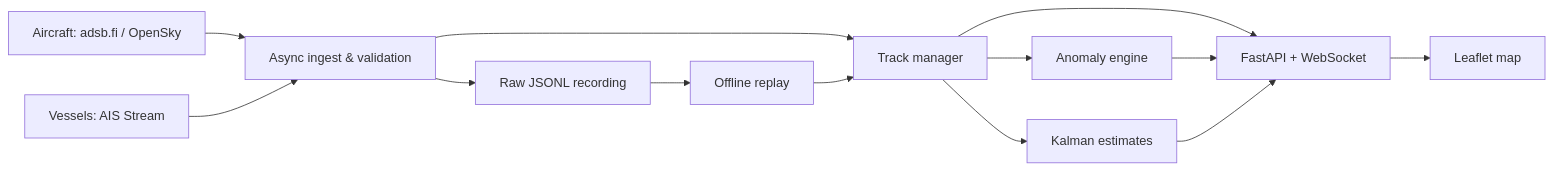
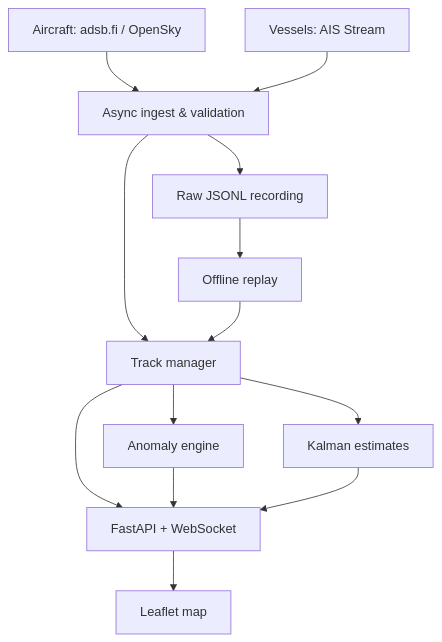
One commit to zxcv616/Sentinel changed the diagram in README.md. Above: the diagram before and after it, drawn with Mermaid.

Commit message:
Keep architecture diagram readable at GitHub content width

````diff
--- a/README.md
+++ b/README.md
@@ -48,15 +48,15 @@
 ```mermaid
-flowchart LR
+flowchart TB
     A["Aircraft: adsb.fi / OpenSky"] --> I["Async ingest & validation"]
     S["Vessels: AIS Stream"] --> I
     I --> R["Raw JSONL recording"]
     I --> T["Track manager"]
     T --> E["Anomaly engine"]
     T --> K["Kalman estimates"]
     T --> API["FastAPI + WebSocket"]
     E --> API
     K --> API
     API --> UI["Leaflet map"]
     R --> P["Offline replay"]
     P --> T
 ```
````
